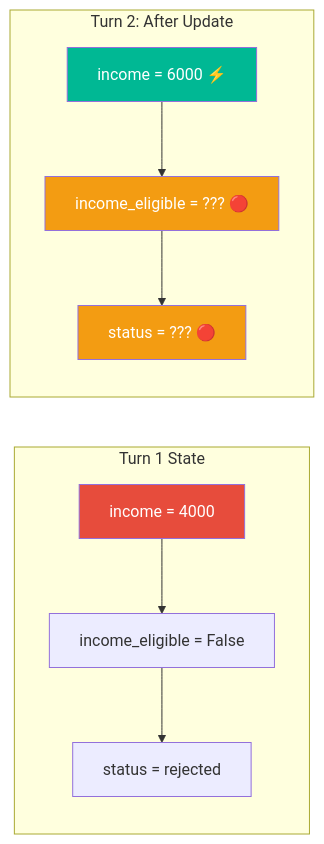
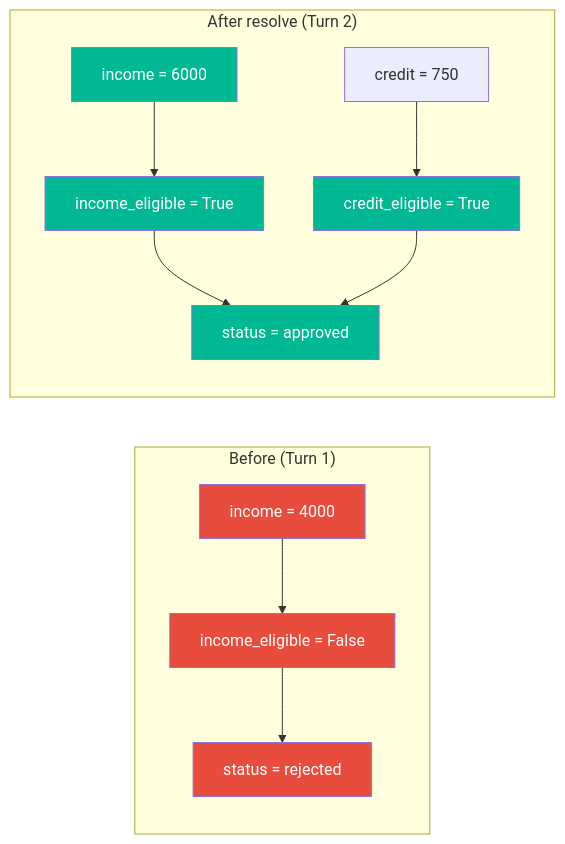
One commit to sultann-301/Belief-Aware-LLMs changed the fifth of 5 diagrams in Final Agreed Implementation.md. Above: the diagram before and after it, drawn with Mermaid. The commit also changed other lines of this file and 1 other file, not shown here.

````diff
--- a/Final Agreed Implementation.md
+++ b/Final Agreed Implementation.md
@@ -543,17 +476,22 @@
 ```mermaid
 graph LR
-    subgraph "Turn 1 State"
+    subgraph "Before (Turn 1)"
         A1["income = 4000"] --> R1["income_eligible = False"]
         R1 --> S1["status = rejected"]
     end
 
-    subgraph "Turn 2: After Update"
-        A2["income = 6000 ⚡"] --> R2["income_eligible = ??? 🔴"]
-        R2 --> S2["status = ??? 🔴"]
+    subgraph "After resolve (Turn 2)"
+        A2["income = 6000"] --> R2["income_eligible = True"]
+        C2["credit = 750"] --> CR2["credit_eligible = True"]
+        R2 --> S2["status = approved"]
+        CR2 --> S2
     end
 
     style A1 fill:#e74c3c,color:#fff
+    style R1 fill:#e74c3c,color:#fff
+    style S1 fill:#e74c3c,color:#fff
     style A2 fill:#00b894,color:#fff
-    style R2 fill:#f39c12,color:#fff
-    style S2 fill:#f39c12,color:#fff
+    style R2 fill:#00b894,color:#fff
+    style CR2 fill:#00b894,color:#fff
+    style S2 fill:#00b894,color:#fff
 ```
````
